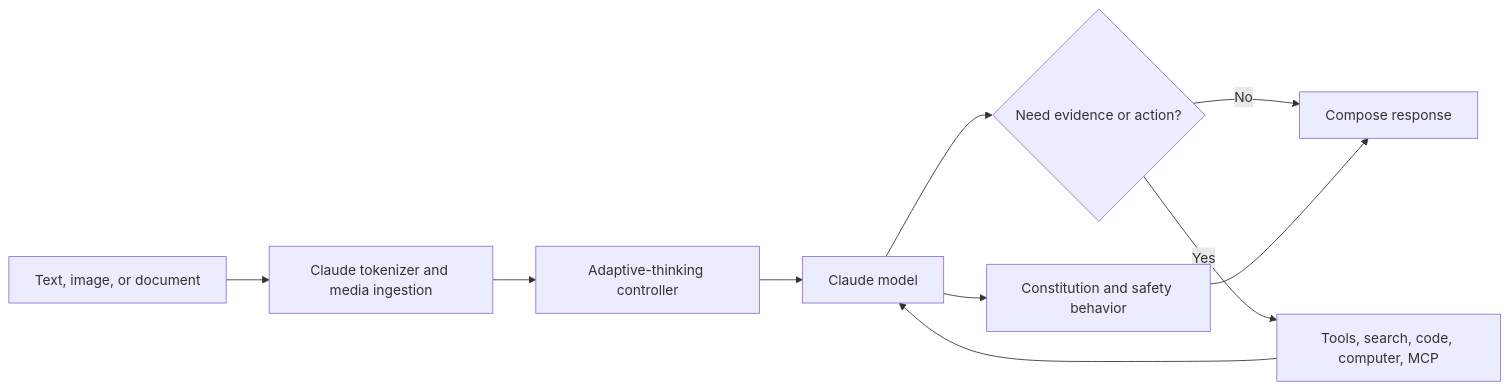
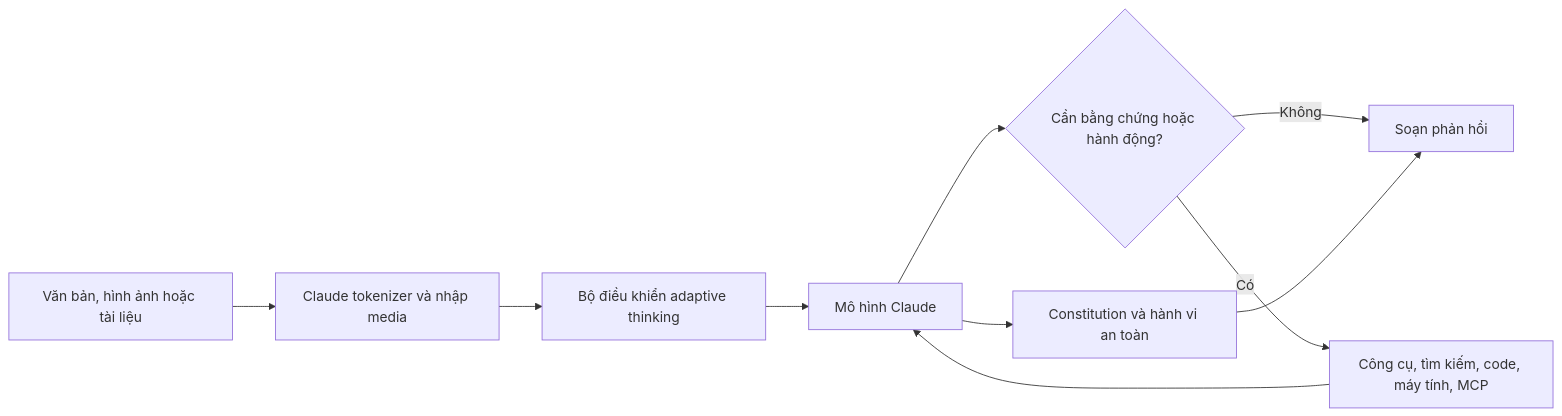
The fourth of 28 diagrams in docs/research_finding/01-gwen/broad_overview/LLM_VLM/recent_llm_overview.md (cycler04/VinRobotics-VLA), drawn with Mermaid before and after one commit. The commit also changed other lines of this file and 79 other files, not shown here.

````diff
--- a/docs/research_finding/01-gwen/broad_overview/LLM_VLM/recent_llm_overview.md
+++ b/docs/research_finding/01-gwen/broad_overview/LLM_VLM/recent_llm_overview.md
@@ -189,12 +189,12 @@
 ```mermaid
 flowchart LR
-    U[Text, image, or document] --> Tok[Claude tokenizer and media ingestion]
-    Tok --> AT[Adaptive-thinking controller]
-    AT --> M[Claude model]
-    M --> Q{Need evidence or action?}
-    Q -->|No| O[Compose response]
-    Q -->|Yes| Tools[Tools, search, code, computer, MCP]
+    U[Văn bản, hình ảnh hoặc tài liệu] --> Tok[Claude tokenizer và nhập media]
+    Tok --> AT[Bộ điều khiển adaptive thinking]
+    AT --> M[Mô hình Claude]
+    M --> Q{Cần bằng chứng hoặc hành động?}
+    Q -->|Không| O[Soạn phản hồi]
+    Q -->|Có| Tools[Công cụ, tìm kiếm, code, máy tính, MCP]
     Tools --> M
-    M --> Safe[Constitution and safety behavior]
+    M --> Safe[Constitution và hành vi an toàn]
     Safe --> O
 ```
````
